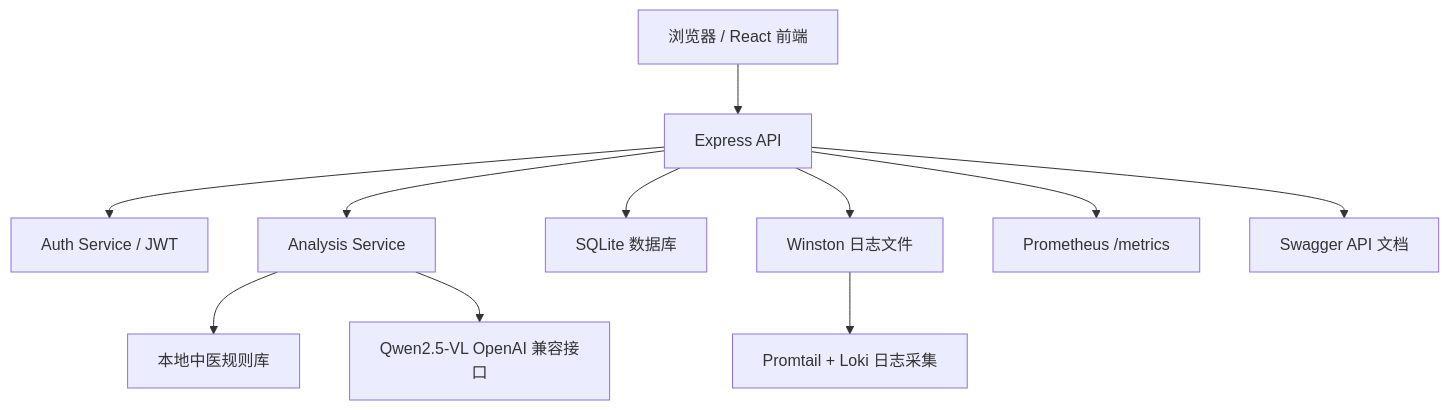
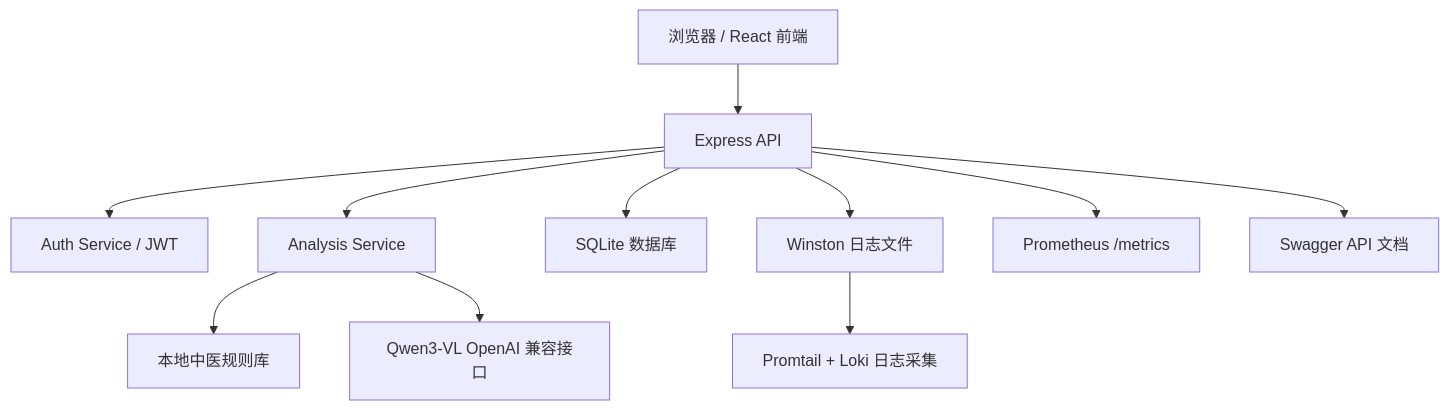
One commit to yz314-yz/xyzbysj changed the first of 2 diagrams in docs/系统设计.md. Above: the diagram before and after it, drawn with Mermaid. The commit also changed other lines of this file and 41 other files, not shown here.

````diff
--- a/docs/系统设计.md
+++ b/docs/系统设计.md
@@ -5,13 +5,13 @@
 ```mermaid
 flowchart TB
   browser["浏览器 / React 前端"] --> api["Express API"]
   api --> auth["Auth Service / JWT"]
   api --> analysis["Analysis Service"]
   analysis --> rules["本地中医规则库"]
-  analysis --> qwen["Qwen2.5-VL OpenAI 兼容接口"]
+  analysis --> qwen["Qwen3-VL OpenAI 兼容接口"]
   api --> db["SQLite 数据库"]
   api --> logs["Winston 日志文件"]
   api --> metrics["Prometheus /metrics"]
   logs --> loki["Promtail + Loki 日志采集"]
   api --> swagger["Swagger API 文档"]
 ```
````
